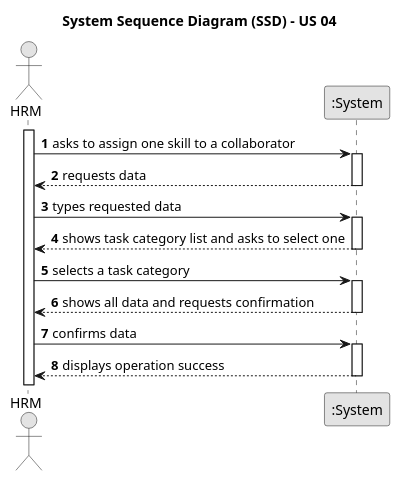
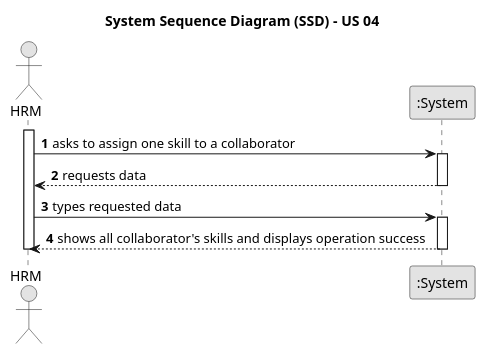
One commit to Departamento-de-Engenharia-Informatica/lei-24-s2-1dm-g132 changed the diagram in docs/sprintA/us004/01.requirements-engineering/puml/us004-system-sequence-diagram.puml. Above: the diagram before and after it, drawn with PlantUML. The commit also changed 1 other file, not shown here.

Commit message:
update us004 domain model and diagram

```diff
--- a/docs/sprintA/us004/01.requirements-engineering/puml/us004-system-sequence-diagram.puml
+++ b/docs/sprintA/us004/01.requirements-engineering/puml/us004-system-sequence-diagram.puml
@@ -1,39 +1,28 @@
 @startuml
 skinparam monochrome true
 skinparam packageStyle rectangle
 skinparam shadowing false
 
 title System Sequence Diagram (SSD) - US 04
 
 autonumber
 
 actor "HRM" as Employee
 participant ":System" as System
 
 activate Employee
 
     Employee -> System : asks to assign one skill to a collaborator
     activate System
 
         System --> Employee : requests data
     deactivate System
 
     Employee -> System : types requested data
     activate System
 
-        System --> Employee : shows task category list and asks to select one
+        System --> Employee : shows all collaborator's skills and displays operation success
     deactivate System
 
-    Employee -> System : selects a task category
-    activate System
-
-        System --> Employee : shows all data and requests confirmation
-    deactivate System
-
-    Employee -> System : confirms data
-    activate System
-
-        System --> Employee : displays operation success
-    deactivate System
-
+deactivate Employee
 @enduml
```
